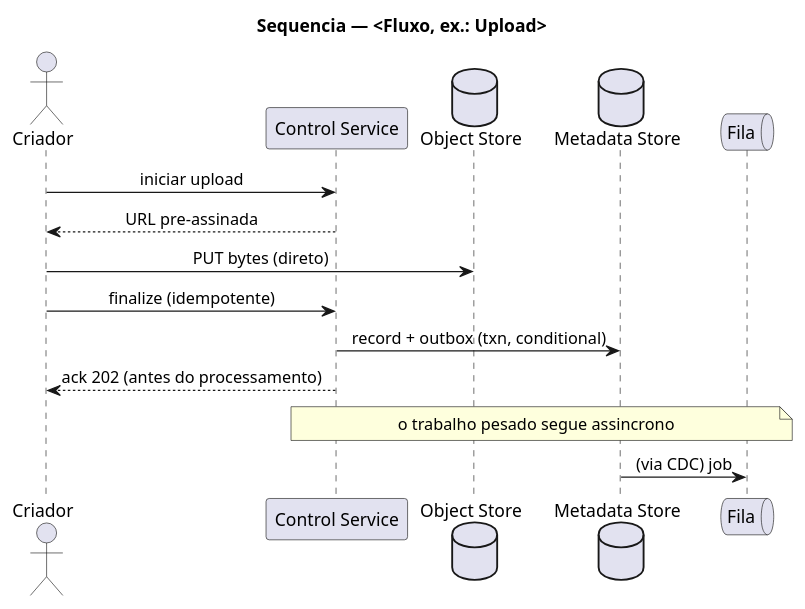
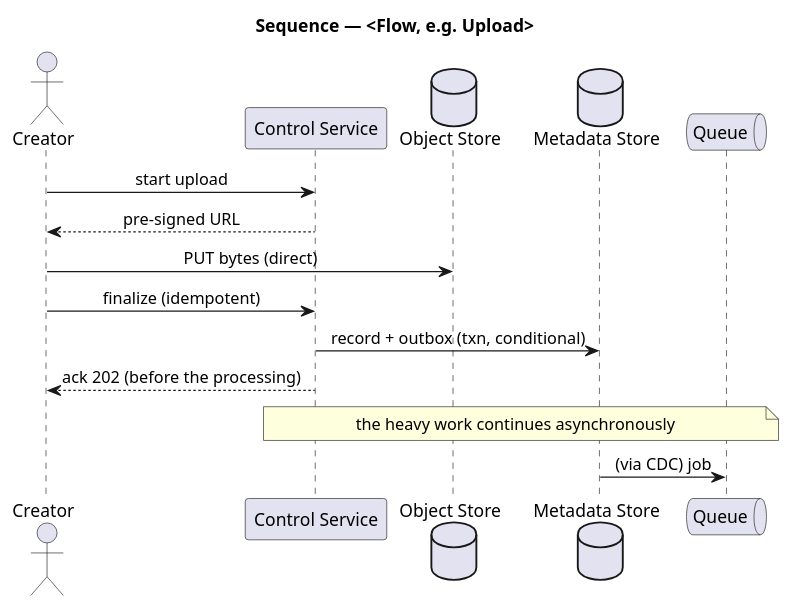
The diagram in templates/publish/figures-example/seq-example.puml (cmarcond/prumo), drawn with PlantUML before and after one commit. The commit also changed other lines of this file and 27 other files, not shown here.

```diff
--- a/templates/publish/figures-example/seq-example.puml
+++ b/templates/publish/figures-example/seq-example.puml
@@ -3,20 +3,20 @@
 @startuml
 skinparam shadowing false
 skinparam sequenceMessageAlign center
-title Sequencia — <Fluxo, ex.: Upload>
+title Sequence — <Flow, e.g. Upload>
 
-actor Criador as U
+actor Creator as U
 participant "Control Service" as C
 database "Object Store" as O
 database "Metadata Store" as M
-queue "Fila" as Q
+queue "Queue" as Q
 
-U -> C : iniciar upload
-C --> U : URL pre-assinada
-U -> O : PUT bytes (direto)
-U -> C : finalize (idempotente)
+U -> C : start upload
+C --> U : pre-signed URL
+U -> O : PUT bytes (direct)
+U -> C : finalize (idempotent)
 C -> M : record + outbox (txn, conditional)
-C --> U : ack 202 (antes do processamento)
-note over C,Q : o trabalho pesado segue assincrono
+C --> U : ack 202 (before the processing)
+note over C,Q : the heavy work continues asynchronously
 M -> Q : (via CDC) job
 @enduml
```
